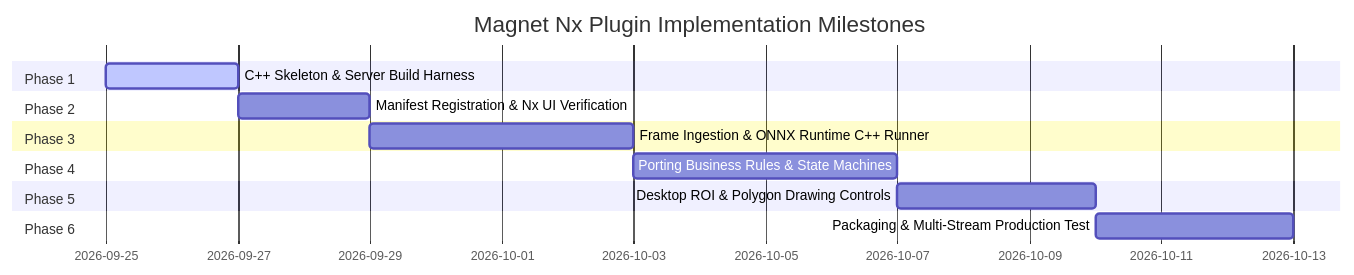
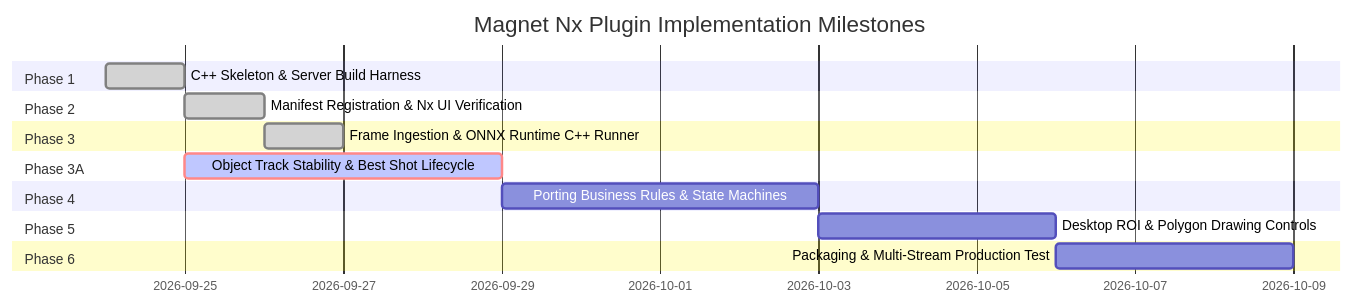
Before and after one commit to Aryaputra34/zoo-vision: the second of 2 diagrams in docs/06_MAGNET_NX_PLUGIN_IMPLEMENTATION_PLAN.md, drawn with Mermaid. The commit also changed other lines of this file and 8 other files, not shown here.

````diff
--- a/docs/06_MAGNET_NX_PLUGIN_IMPLEMENTATION_PLAN.md
+++ b/docs/06_MAGNET_NX_PLUGIN_IMPLEMENTATION_PLAN.md
@@ -85,17 +90,19 @@
 ```mermaid
 gantt
     title Magnet Nx Plugin Implementation Milestones
     dateFormat  YYYY-MM-DD
     section Phase 1
-    C++ Skeleton & Server Build Harness   :active, p1, 2026-09-25, 2d
+    C++ Skeleton & Server Build Harness   :done, p1, 2026-09-24, 1d
     section Phase 2
-    Manifest Registration & Nx UI Verification :p2, after p1, 2d
+    Manifest Registration & Nx UI Verification :done, p2, after p1, 1d
     section Phase 3
-    Frame Ingestion & ONNX Runtime C++ Runner  :p3, after p2, 4d
+    Frame Ingestion & ONNX Runtime C++ Runner  :done, p3, after p2, 1d
+    section Phase 3A
+    Object Track Stability & Best Shot Lifecycle :active, crit, p3a, 2026-09-25, 4d
     section Phase 4
-    Porting Business Rules & State Machines    :p4, after p3, 4d
+    Porting Business Rules & State Machines    :p4, after p3a, 4d
     section Phase 5
     Desktop ROI & Polygon Drawing Controls     :p5, after p4, 3d
     section Phase 6
     Packaging & Multi-Stream Production Test  :p6, after p5, 3d
 ```
````
